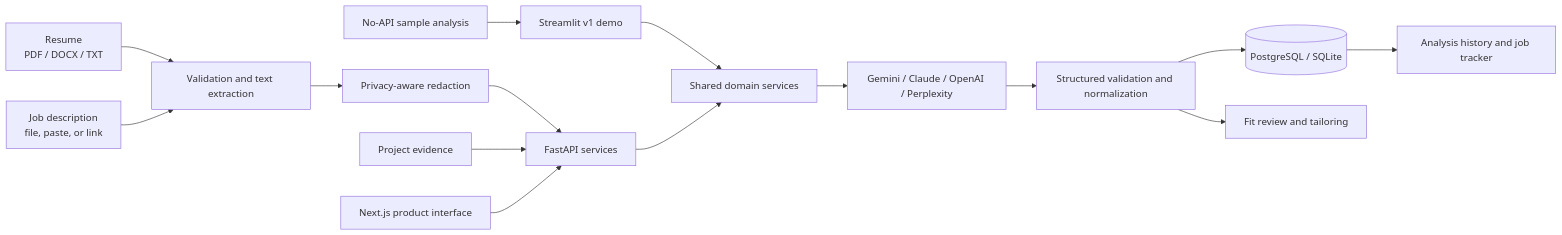
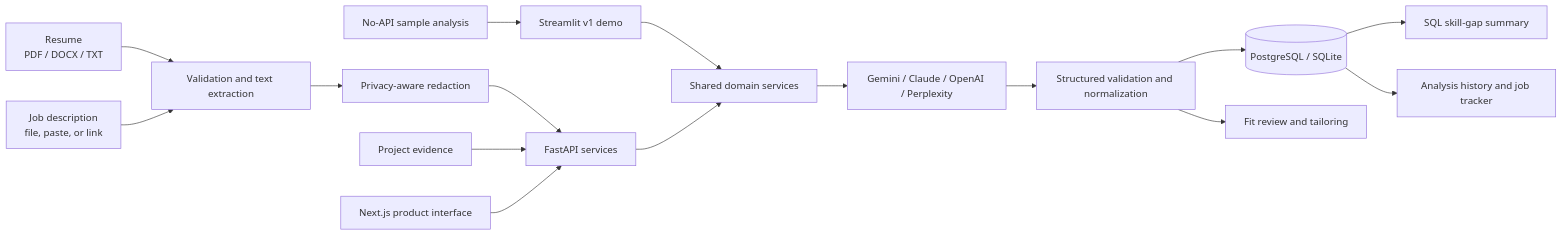
The diagram in README.md (Sarthak2661/Truthfit-Resume-AI), drawn with Mermaid before and after one commit. The commit also changed other lines of this file and 19 other files, not shown here.

````diff
--- a/README.md
+++ b/README.md
@@ -49,17 +50,18 @@
 ```mermaid
 flowchart LR
     resume["Resume<br>PDF / DOCX / TXT"] --> loaders["Validation and text extraction"]
     jd["Job description<br>file, paste, or link"] --> loaders
     loaders --> redact["Privacy-aware redaction"]
     redact --> api["FastAPI services"]
     projects["Project evidence"] --> api
     web["Next.js product interface"] --> api
     streamlit["Streamlit v1 demo"] --> shared["Shared domain services"]
     api --> shared
     shared --> providers["Gemini / Claude / OpenAI / Perplexity"]
     providers --> schema["Structured validation and normalization"]
     schema --> db[("PostgreSQL / SQLite")]
+    db --> gaps["SQL skill-gap summary"]
     schema --> review["Fit review and tailoring"]
     db --> history["Analysis history and job tracker"]
     sample["No-API sample analysis"] --> streamlit
 ```
````
